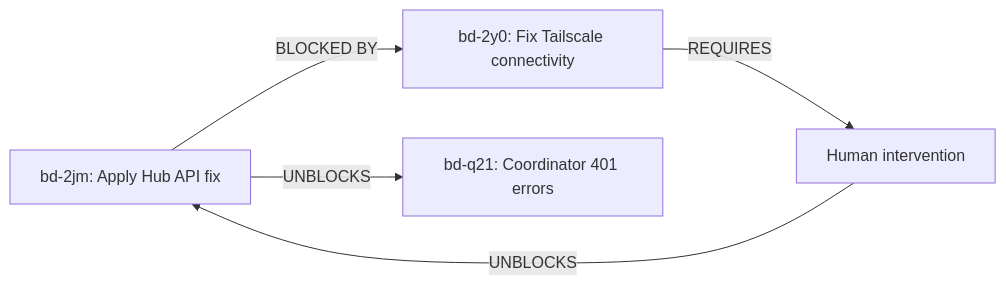
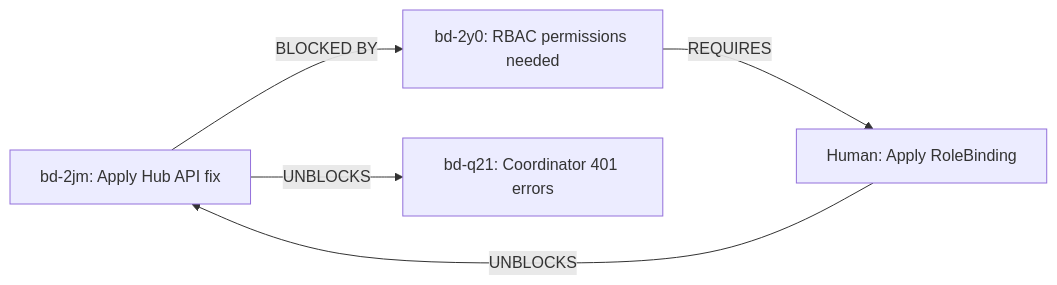
The diagram in docs/bd-2jm-blocked-status.md (ardenone/botburrow-agents), drawn with Mermaid before and after one commit. The commit also changed other lines of this file and 2 other files, not shown here.

First line of the commit message:
feat(bd-2y0): resolve Tailscale kubectl-proxy connectivity issue

````diff
--- a/docs/bd-2jm-blocked-status.md
+++ b/docs/bd-2jm-blocked-status.md
@@ -83,7 +113,7 @@
 ```mermaid
 graph LR
-    A[bd-2jm: Apply Hub API fix] -->|BLOCKED BY| B[bd-2y0: Fix Tailscale connectivity]
-    B -->|REQUIRES| C[Human intervention]
+    A[bd-2jm: Apply Hub API fix] -->|BLOCKED BY| B[bd-2y0: RBAC permissions needed]
+    B -->|REQUIRES| C[Human: Apply RoleBinding]
     C -->|UNBLOCKS| A
     A -->|UNBLOCKS| D[bd-q21: Coordinator 401 errors]
 ```
````
